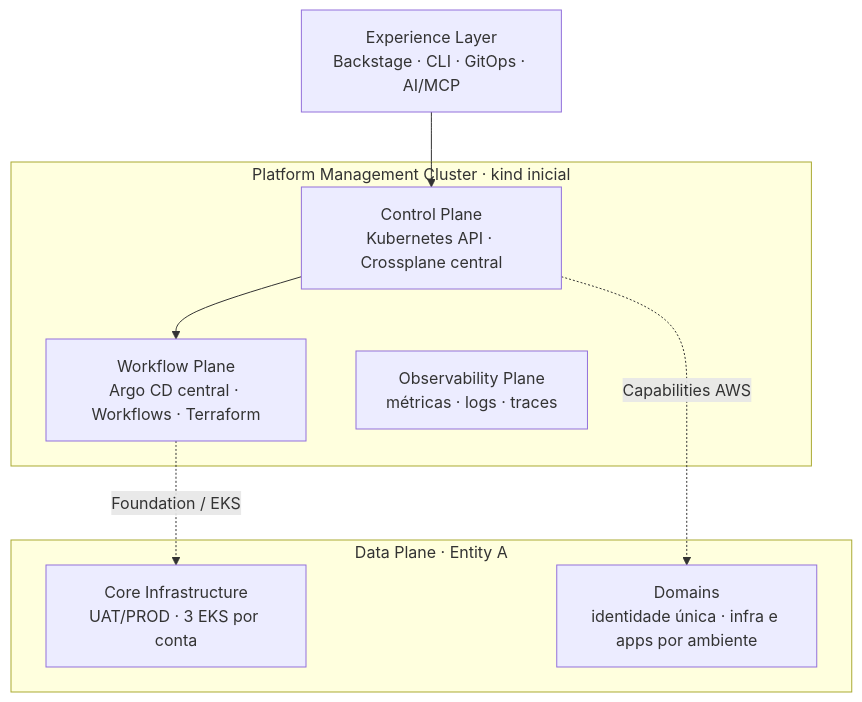
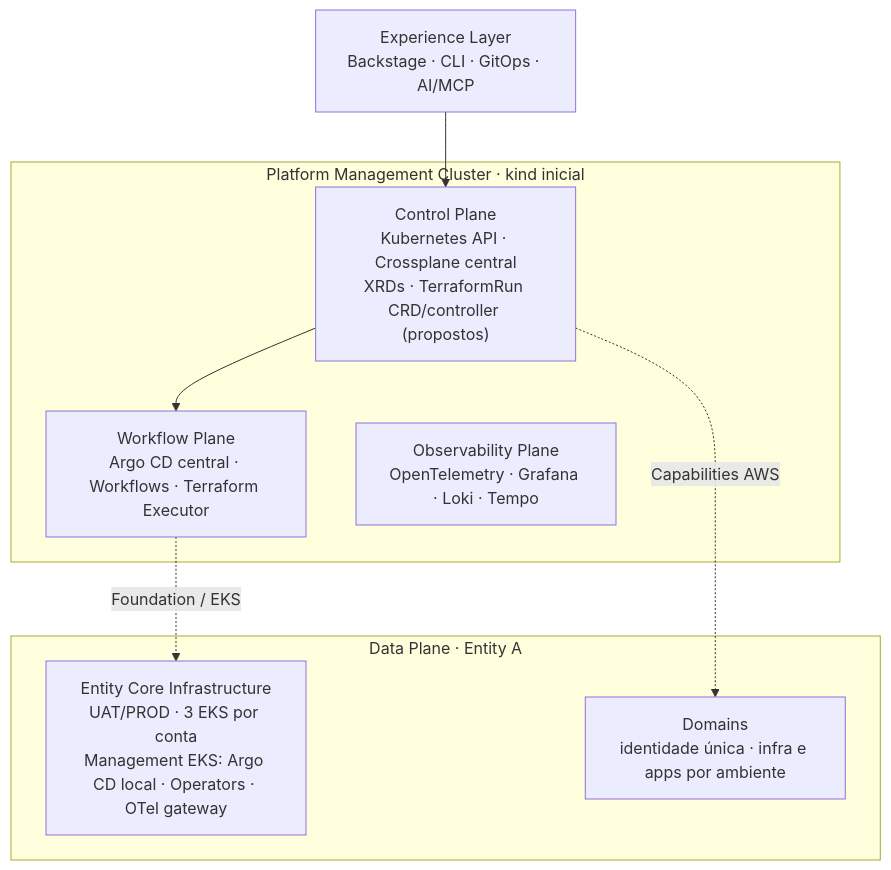
One commit to DavidFerreira21/platform-engineering-poc changed the diagram in README.md. Above: the diagram before and after it, drawn with Mermaid. The commit also changed other lines of this file, not shown here.

Commit message:
docs: atualizar README com ownership e componentes propostos

````diff
--- a/README.md
+++ b/README.md
@@ -24,17 +27,17 @@
 ```mermaid
 flowchart TB
   E["Experience Layer<br/>Backstage · CLI · GitOps · AI/MCP"]
   subgraph HUB["Platform Management Cluster · kind inicial"]
-    C["Control Plane<br/>Kubernetes API · Crossplane central"]
-    W["Workflow Plane<br/>Argo CD central · Workflows · Terraform"]
-    O["Observability Plane<br/>métricas · logs · traces"]
+    C["Control Plane<br/>Kubernetes API · Crossplane central<br/>XRDs · TerraformRun CRD/controller (propostos)"]
+    W["Workflow Plane<br/>Argo CD central · Workflows · Terraform Executor"]
+    O["Observability Plane<br/>OpenTelemetry · Grafana · Loki · Tempo"]
   end
   subgraph D["Data Plane · Entity A"]
-    CORE["Core Infrastructure<br/>UAT/PROD · 3 EKS por conta"]
+    CORE["Entity Core Infrastructure<br/>UAT/PROD · 3 EKS por conta<br/>Management EKS: Argo CD local · Operators · OTel gateway"]
     DOM["Domains<br/>identidade única · infra e apps por ambiente"]
   end
   E --> C
   C --> W
   C -. "Capabilities AWS" .-> DOM
   W -. "Foundation / EKS" .-> CORE
 ```
````
